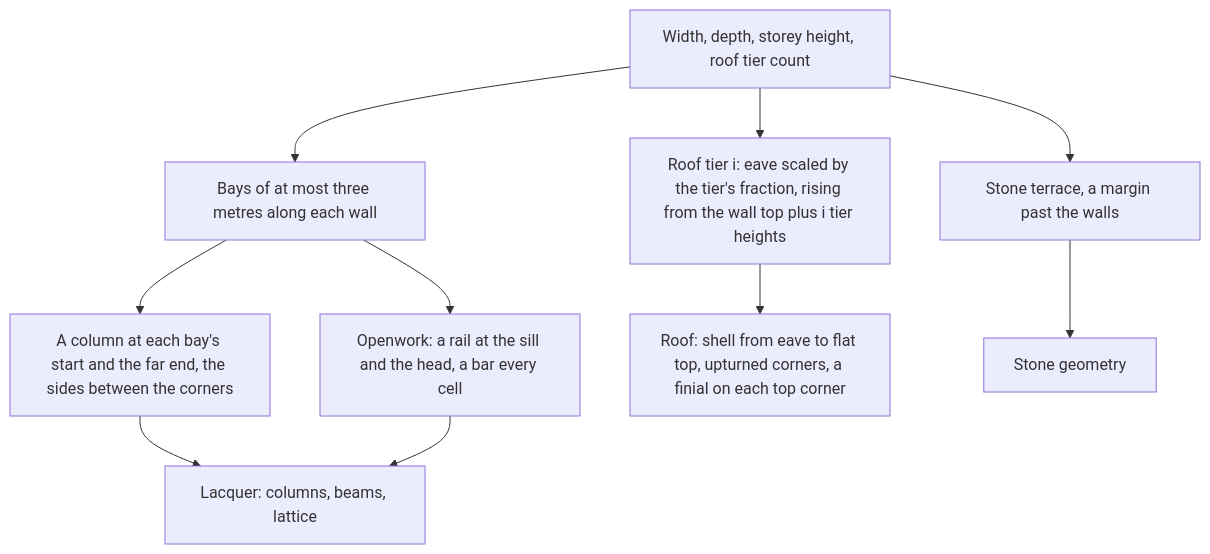
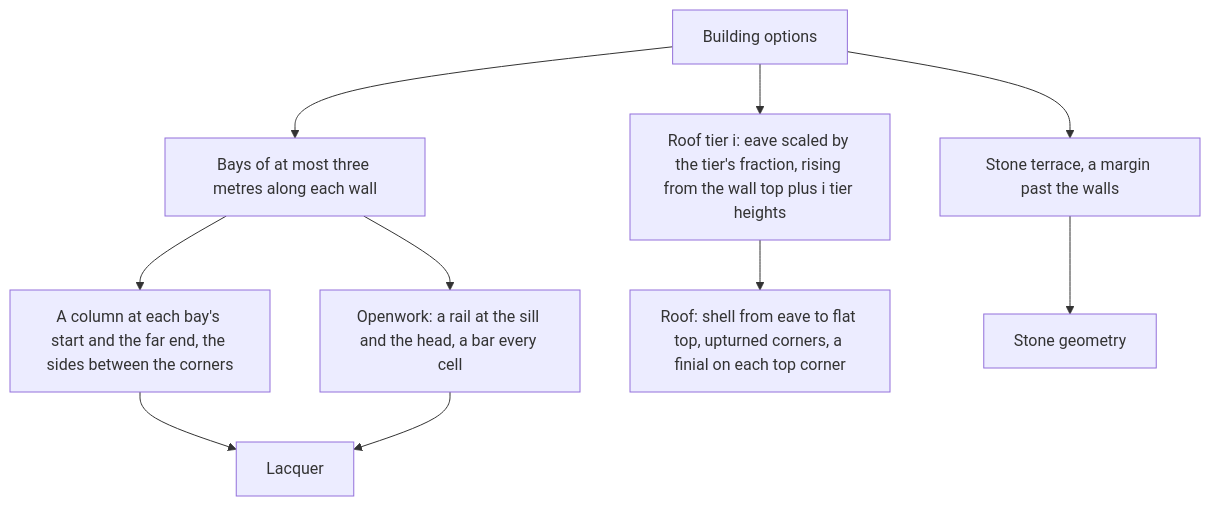
Before and after one commit to Esposter/Esposter: the diagram in openspec/specs/genshin/liyue-building-kit/design.md, drawn with Mermaid. The commit also changed other lines of this file and 15 other files, not shown here.

````diff
--- a/openspec/specs/genshin/liyue-building-kit/design.md
+++ b/openspec/specs/genshin/liyue-building-kit/design.md
@@ -7,12 +7,12 @@
 ```mermaid
 flowchart TD
-  OP[Width, depth, storey height, roof tier count] --> BAY[Bays of at most three metres along each wall]
+  OP[Building options] --> BAY[Bays of at most three metres along each wall]
   BAY --> COL[A column at each bay's start and the far end, the sides between the corners]
   OP --> TER[Stone terrace, a margin past the walls]
-  COL --> LAC[Lacquer: columns, beams, lattice]
+  COL --> LAC[Lacquer]
   BAY --> LAT[Openwork: a rail at the sill and the head, a bar every cell]
   LAT --> LAC
   OP --> TIER[Roof tier i: eave scaled by the tier's fraction, rising from the wall top plus i tier heights]
   TIER --> ROOF[Roof: shell from eave to flat top, upturned corners, a finial on each top corner]
   TER --> STONE[Stone geometry]
 ```
````
